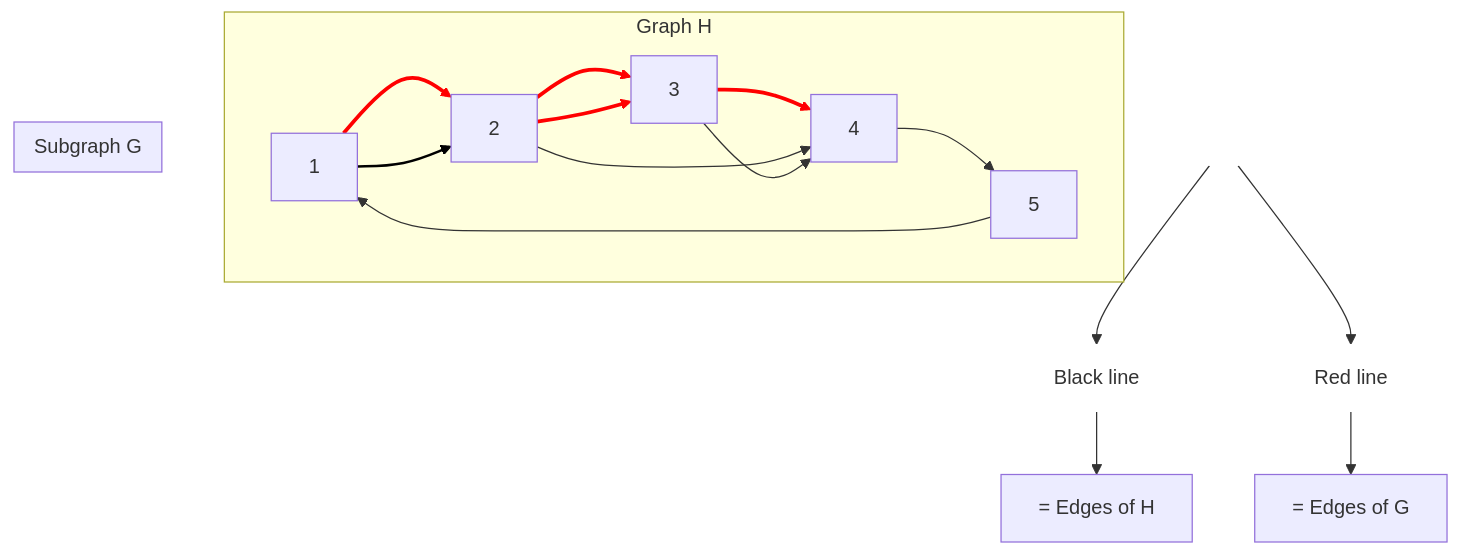
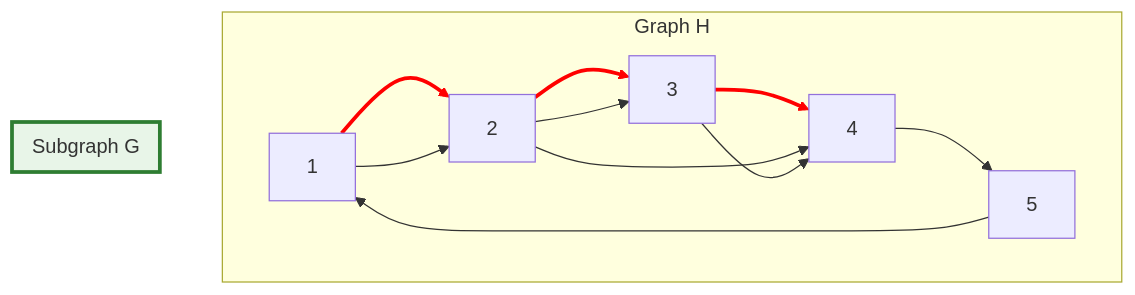
One commit to Prodaturu/Obsidian changed the second of 3 diagrams in Mathematical Notions and Terminology in Information Theory 0.2.md. Above: the diagram before and after it, drawn with Mermaid. The commit also changed other lines of this file and 1 other file, not shown here.

Commit message:
vault sync: 2025-11-18 23:27:46

````diff
--- a/Mathematical Notions and Terminology in Information Theory 0.2.md
+++ b/Mathematical Notions and Terminology in Information Theory 0.2.md
@@ -388,47 +388,35 @@
 ```mermaid
 graph TB
     subgraph H[Graph H]
         A[1]
         B[2]
         C[3]
         D[4]
         E[5]
         
         A --> B
         B --> C
         C --> D
         D --> E
         E --> A
         B --> D
     end
     
     subgraph G[Subgraph G]
         A
         B
         C
         D
         A --> B
         B --> C
         C --> D
     end
     
+    classDef subgraphStyle fill:#e8f5e8,stroke:#2e7d32,stroke-width:3px
+    class G subgraphStyle
+    
     %% Color the edges in subgraph G
     linkStyle 0 stroke:#ff0000,stroke-width:3px,color:#ff0000
     linkStyle 1 stroke:#ff0000,stroke-width:3px,color:#ff0000  
     linkStyle 2 stroke:#ff0000,stroke-width:3px,color:#ff0000
-    
-    %% Legend at bottom using invisible spacer
-    spacer[ ]
-    
-    LH[Black line] --> LHT[ = Edges of H]
-    LG[Red line] --> LGT[ = Edges of G]
-    
-    spacer --> LH
-    spacer --> LG
-    
-    linkStyle 6 stroke:#000000,stroke-width:2px
-    linkStyle 7 stroke:#ff0000,stroke-width:3px
-    
-    class spacer,LH,LG invisible
-    classDef invisible fill:#ffffff,stroke:#ffffff,stroke-width:0px
 ```
````
